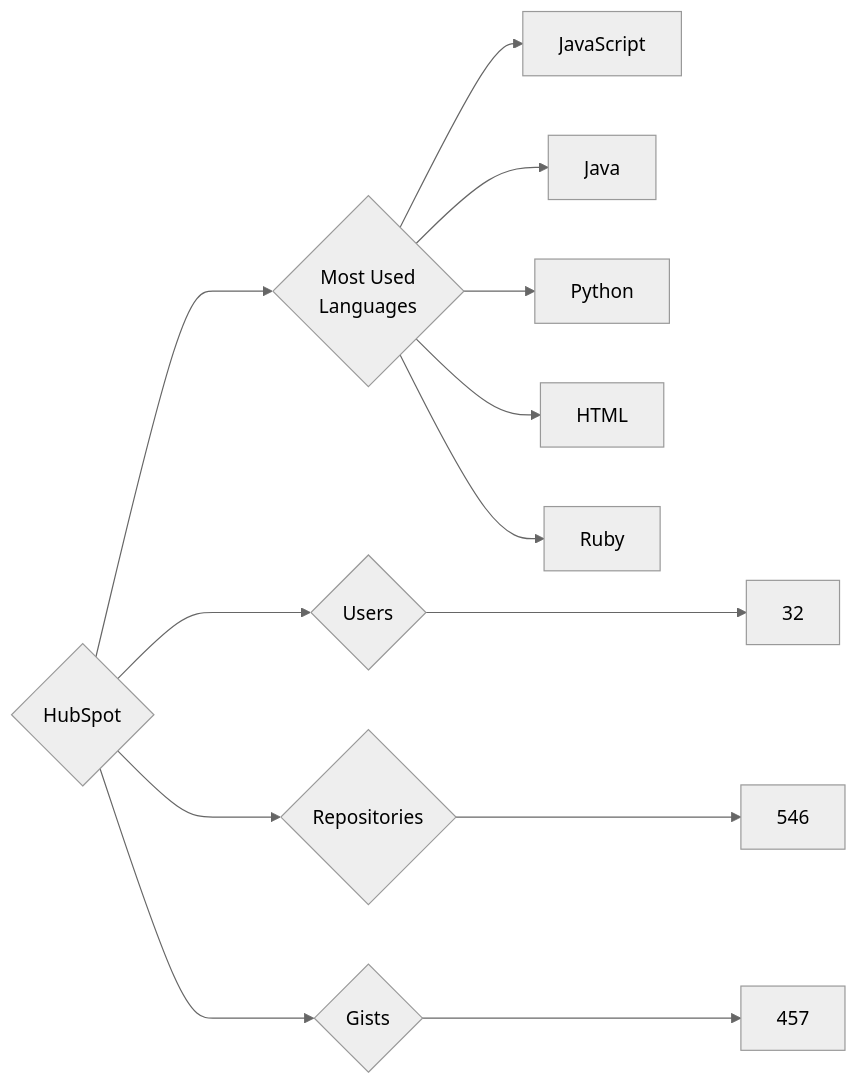
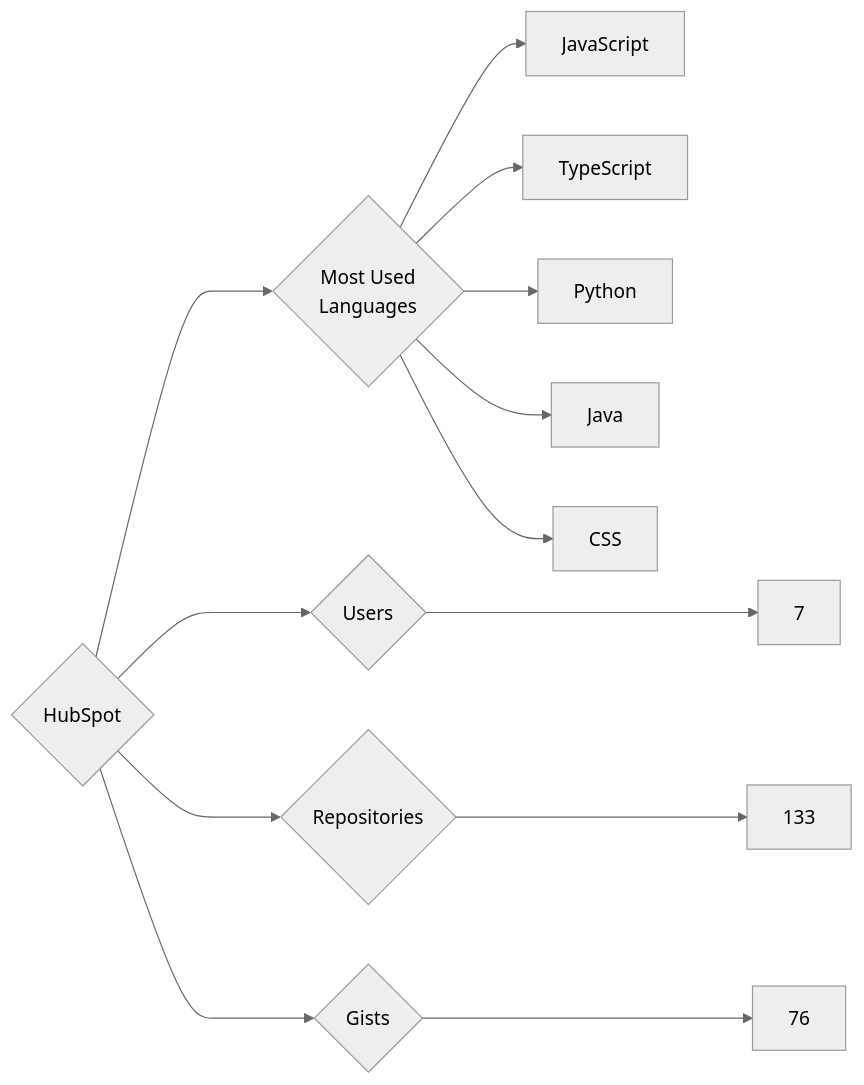
Before and after one commit to trickest/insiders: the diagram in targets/HubSpot/README.md, drawn with Mermaid (neutral theme). The commit also changed 924 other files, not shown here.

````diff
--- a/targets/HubSpot/README.md
+++ b/targets/HubSpot/README.md
@@ -3,13 +3,13 @@
 ```mermaid
 graph LR
 COMPANY_NAME{HubSpot}
-COMPANY_NAME ---> U{Users} ---> UN[32]
-COMPANY_NAME ---> R{Repositories} ---> RN[546]
-COMPANY_NAME ---> G{Gists} ---> GN[457]
+COMPANY_NAME ---> U{Users} ---> UN[7]
+COMPANY_NAME ---> R{Repositories} ---> RN[133]
+COMPANY_NAME ---> G{Gists} ---> GN[76]
 COMPANY_NAME ---> ML{Most Used<br>Languages}
 ML --> JavaScript[JavaScript]
+ML --> TypeScript[TypeScript]
+ML --> Python[Python]
 ML --> Java[Java]
-ML --> Python[Python]
-ML --> HTML[HTML]
-ML --> Ruby[Ruby]
+ML --> CSS[CSS]
 ```
````
